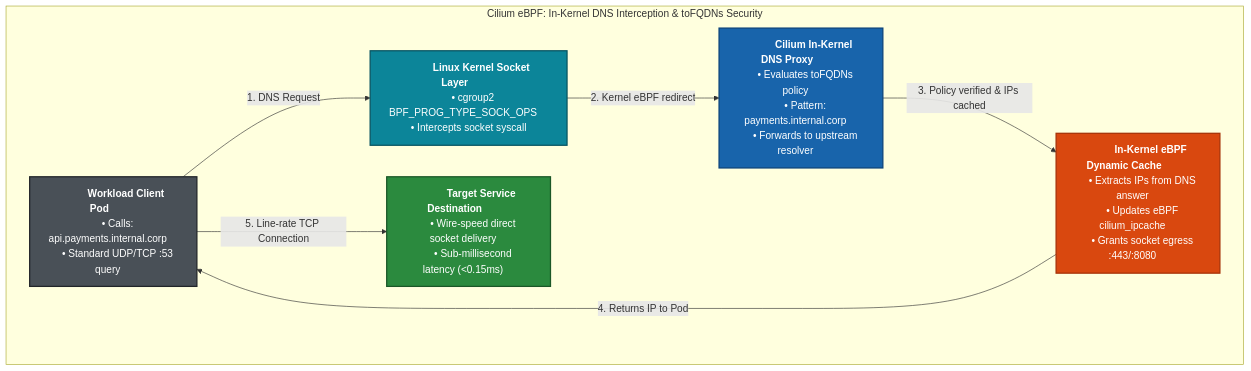
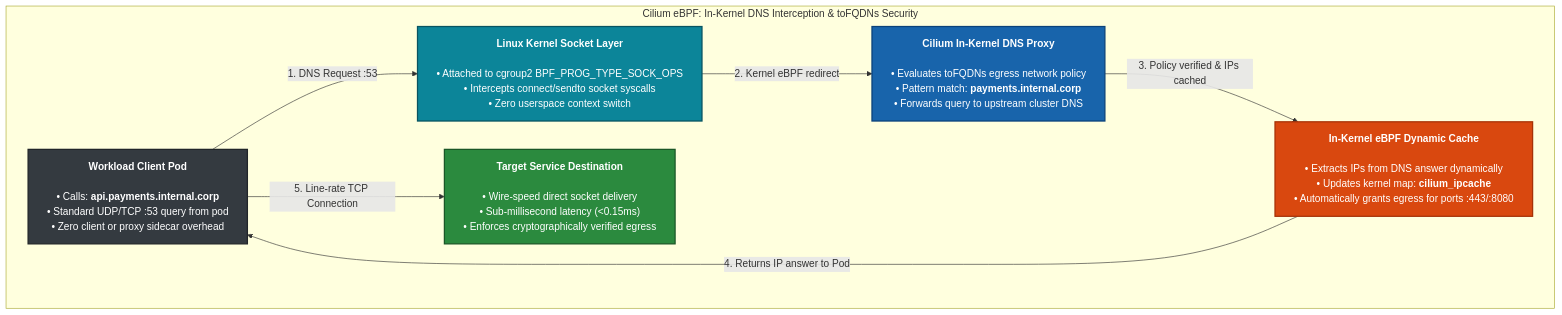
One commit to nubenetes/cloudnative-ingress-mesh-lab changed the eighth of 10 diagrams in docs/FQDN_ROUTING.md. Above: the diagram before and after it, drawn with Mermaid. The commit also changed other lines of this file, not shown here.

Commit message:
docs: resolve text clipping across all diagrams in FQDN_ROUTING.md

````diff
--- a/docs/FQDN_ROUTING.md
+++ b/docs/FQDN_ROUTING.md
@@ -992,32 +997,33 @@
 ```mermaid
+%%{init: {"flowchart": {"wrappingWidth": 460, "nodeSpacing": 45, "rankSpacing": 45}}}%%
 flowchart TD
-    subgraph CiliumEBPF ["&nbsp;&nbsp;&nbsp;&nbsp;&nbsp;&nbsp;&nbsp;&nbsp;&nbsp;&nbsp;&nbsp;&nbsp;Cilium eBPF: In-Kernel DNS Interception & toFQDNs Security&nbsp;&nbsp;&nbsp;&nbsp;&nbsp;&nbsp;&nbsp;&nbsp;&nbsp;&nbsp;&nbsp;&nbsp;"]
-        PodCilium["&nbsp;&nbsp;&nbsp;&nbsp;&nbsp;&nbsp;&nbsp;&nbsp;&nbsp;&nbsp;<b>Workload Client Pod</b>&nbsp;&nbsp;&nbsp;&nbsp;&nbsp;&nbsp;&nbsp;&nbsp;&nbsp;&nbsp;<br/>&nbsp;&nbsp;&nbsp;&nbsp;• Calls: api.payments.internal.corp&nbsp;&nbsp;&nbsp;&nbsp;<br/>&nbsp;&nbsp;&nbsp;&nbsp;• Standard UDP/TCP :53 query&nbsp;&nbsp;&nbsp;&nbsp;"]
+    subgraph CiliumEBPF ["Cilium eBPF: In-Kernel DNS Interception & toFQDNs Security"]
+        PodCilium["<b>Workload Client Pod</b><br/><br/>• Calls: <b>api.payments.internal.corp</b><br/>• Standard UDP/TCP :53 query from pod<br/>• Zero client or proxy sidecar overhead"]
         
-        KernelHook["&nbsp;&nbsp;&nbsp;&nbsp;&nbsp;&nbsp;&nbsp;&nbsp;&nbsp;&nbsp;<b>Linux Kernel Socket Layer</b>&nbsp;&nbsp;&nbsp;&nbsp;&nbsp;&nbsp;&nbsp;&nbsp;&nbsp;&nbsp;<br/>&nbsp;&nbsp;&nbsp;&nbsp;• cgroup2 BPF_PROG_TYPE_SOCK_OPS&nbsp;&nbsp;&nbsp;&nbsp;<br/>&nbsp;&nbsp;&nbsp;&nbsp;• Intercepts socket syscall&nbsp;&nbsp;&nbsp;&nbsp;"]
+        KernelHook["<b>Linux Kernel Socket Layer</b><br/><br/>• Attached to cgroup2 BPF_PROG_TYPE_SOCK_OPS<br/>• Intercepts connect/sendto socket syscalls<br/>• Zero userspace context switch"]
         
-        CiliumDNSProxy["&nbsp;&nbsp;&nbsp;&nbsp;&nbsp;&nbsp;&nbsp;&nbsp;&nbsp;&nbsp;<b>Cilium In-Kernel DNS Proxy</b>&nbsp;&nbsp;&nbsp;&nbsp;&nbsp;&nbsp;&nbsp;&nbsp;&nbsp;&nbsp;<br/>&nbsp;&nbsp;&nbsp;&nbsp;• Evaluates toFQDNs policy&nbsp;&nbsp;&nbsp;&nbsp;<br/>&nbsp;&nbsp;&nbsp;&nbsp;• Pattern: payments.internal.corp&nbsp;&nbsp;&nbsp;&nbsp;<br/>&nbsp;&nbsp;&nbsp;&nbsp;• Forwards to upstream resolver&nbsp;&nbsp;&nbsp;&nbsp;"]
+        CiliumDNSProxy["<b>Cilium In-Kernel DNS Proxy</b><br/><br/>• Evaluates toFQDNs egress network policy<br/>• Pattern match: <b>payments.internal.corp</b><br/>• Forwards query to upstream cluster DNS"]
         
-        EBPF_IPMap["&nbsp;&nbsp;&nbsp;&nbsp;&nbsp;&nbsp;&nbsp;&nbsp;&nbsp;&nbsp;<b>In-Kernel eBPF Dynamic Cache</b>&nbsp;&nbsp;&nbsp;&nbsp;&nbsp;&nbsp;&nbsp;&nbsp;&nbsp;&nbsp;<br/>&nbsp;&nbsp;&nbsp;&nbsp;• Extracts IPs from DNS answer&nbsp;&nbsp;&nbsp;&nbsp;<br/>&nbsp;&nbsp;&nbsp;&nbsp;• Updates eBPF cilium_ipcache&nbsp;&nbsp;&nbsp;&nbsp;<br/>&nbsp;&nbsp;&nbsp;&nbsp;• Grants socket egress :443/:8080&nbsp;&nbsp;&nbsp;&nbsp;"]
+        EBPF_IPMap["<b>In-Kernel eBPF Dynamic Cache</b><br/><br/>• Extracts IPs from DNS answer dynamically<br/>• Updates kernel map: <b>cilium_ipcache</b><br/>• Automatically grants egress for ports :443/:8080"]
         
-        EgressTarget["&nbsp;&nbsp;&nbsp;&nbsp;&nbsp;&nbsp;&nbsp;&nbsp;&nbsp;&nbsp;<b>Target Service Destination</b>&nbsp;&nbsp;&nbsp;&nbsp;&nbsp;&nbsp;&nbsp;&nbsp;&nbsp;&nbsp;<br/>&nbsp;&nbsp;&nbsp;&nbsp;• Wire-speed direct socket delivery&nbsp;&nbsp;&nbsp;&nbsp;<br/>&nbsp;&nbsp;&nbsp;&nbsp;• Sub-millisecond latency (<0.15ms)&nbsp;&nbsp;&nbsp;&nbsp;"]
+        EgressTarget["<b>Target Service Destination</b><br/><br/>• Wire-speed direct socket delivery<br/>• Sub-millisecond latency (&lt;0.15ms)<br/>• Enforces cryptographically verified egress"]
 
-        PodCilium -->|"1. DNS Request"| KernelHook
+        PodCilium -->|"1. DNS Request :53"| KernelHook
         KernelHook -->|"2. Kernel eBPF redirect"| CiliumDNSProxy
         CiliumDNSProxy -->|"3. Policy verified & IPs cached"| EBPF_IPMap
-        EBPF_IPMap -->|"4. Returns IP to Pod"| PodCilium
+        EBPF_IPMap -->|"4. Returns IP answer to Pod"| PodCilium
         PodCilium -->|"5. Line-rate TCP Connection"| EgressTarget
     end
 
-    classDef client fill:#495057,stroke:#212529,stroke-width:2px,color:#fff;
-    classDef hook fill:#0c8599,stroke:#085461,stroke-width:2px,color:#fff;
-    classDef agent fill:#1864ab,stroke:#0b427a,stroke-width:2px,color:#fff;
-    classDef map fill:#d9480f,stroke:#a63207,stroke-width:2px,color:#fff;
-    classDef target fill:#2b8a3e,stroke:#1b5727,stroke-width:2px,color:#fff;
+    classDef client fill:#343a40,stroke:#212529,stroke-width:2px,color:#fff,min-width:380px;
+    classDef hook fill:#0c8599,stroke:#085461,stroke-width:2px,color:#fff,min-width:380px;
+    classDef agent fill:#1864ab,stroke:#0b427a,stroke-width:2px,color:#fff,min-width:380px;
+    classDef map fill:#d9480f,stroke:#a63207,stroke-width:2px,color:#fff,min-width:380px;
+    classDef target fill:#2b8a3e,stroke:#1b5727,stroke-width:2px,color:#fff,min-width:380px;
 
     class PodCilium client;
     class KernelHook hook;
     class CiliumDNSProxy agent;
     class EBPF_IPMap map;
     class EgressTarget target;
 ```
````
